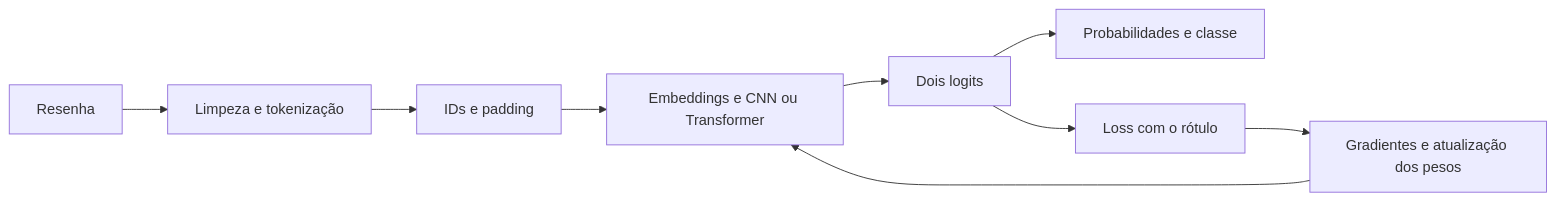
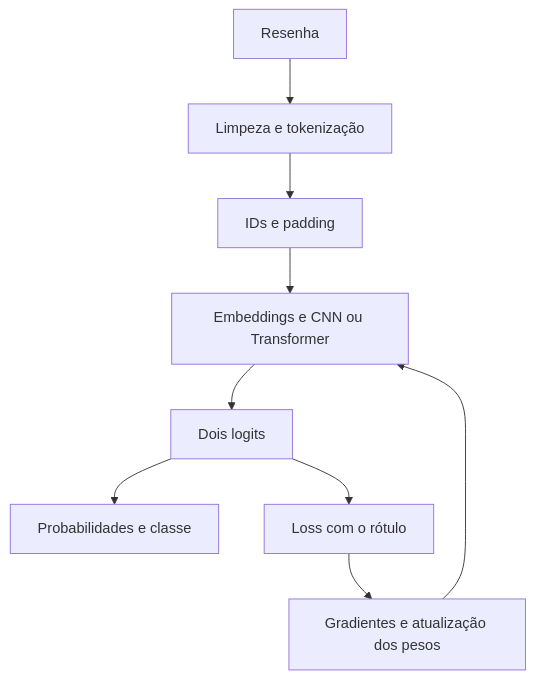
One commit to costaleirbag/projeto-mae5920 changed the diagram in README.md. Above: the diagram before and after it, drawn with Mermaid. The commit also changed 3 other files, not shown here.

````diff
--- a/README.md
+++ b/README.md
@@ -66,11 +66,11 @@
 ```mermaid
-flowchart LR
+flowchart TD
     A[Resenha] --> B[Limpeza e tokenização]
     B --> C[IDs e padding]
     C --> D[Embeddings e CNN ou Transformer]
     D --> E[Dois logits]
     E --> F[Probabilidades e classe]
     E --> G[Loss com o rótulo]
     G --> H[Gradientes e atualização dos pesos]
     H --> D
 ```
````
